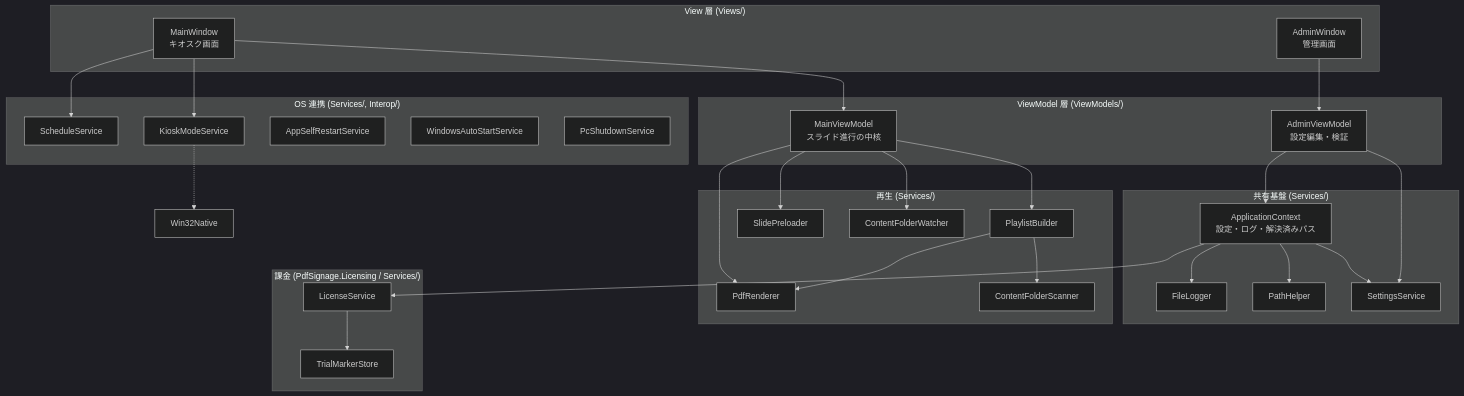
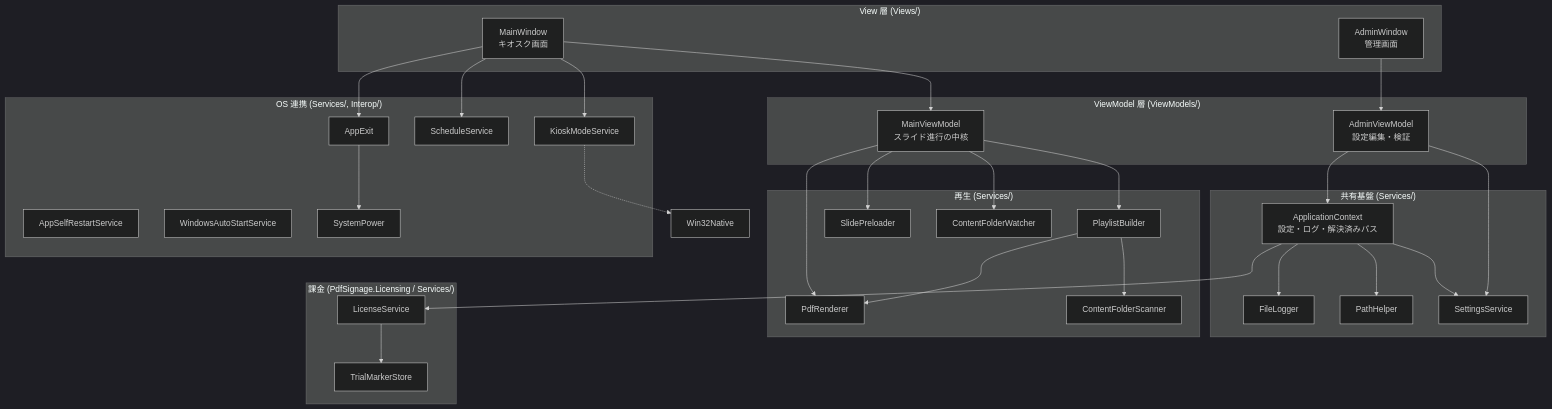
Before and after one commit to kamanori3/SimpleDigitalSignage: the first of 4 diagrams in docs/設計書.md, drawn with Mermaid (dark theme). The commit also changed other lines of this file and 27 other files, not shown here.

````diff
--- a/docs/設計書.md
+++ b/docs/設計書.md
@@ -29,52 +29,55 @@
 ```mermaid
 flowchart TB
   subgraph View["View 層 (Views/)"]
     MW[MainWindow<br/>キオスク画面]
     AW[AdminWindow<br/>管理画面]
   end
 
   subgraph VM["ViewModel 層 (ViewModels/)"]
     MVM[MainViewModel<br/>スライド進行の中核]
     AVM[AdminViewModel<br/>設定編集・検証]
   end
 
   subgraph Core["共有基盤 (Services/)"]
     AC[ApplicationContext<br/>設定・ログ・解決済みパス]
     SS[SettingsService]
     PH[PathHelper]
     FL[FileLogger]
   end
 
   subgraph Play["再生 (Services/)"]
     PB[PlaylistBuilder]
     CS[ContentFolderScanner]
     CW[ContentFolderWatcher]
     PR[PdfRenderer]
     SP[SlidePreloader]
   end
 
   subgraph Ops["OS 連携 (Services/, Interop/)"]
     KM[KioskModeService]
     SCH[ScheduleService]
     ASR[AppSelfRestartService]
     WAS[WindowsAutoStartService]
-    PSS[PcShutdownService]
+    AE[AppExit]
+    SPW[SystemPower]
   end
 
   subgraph License["課金 (PdfSignage.Licensing / Services/)"]
     LS[LicenseService]
     TM[TrialMarkerStore]
   end
 
   MW --> MVM
   MW --> KM
   MW --> SCH
+  MW --> AE
+  AE --> SPW
   AW --> AVM
   MVM --> PB & CW & SP & PR
   PB --> CS & PR
   AVM --> SS & AC
   AC --> SS & PH & FL
   AC --> LS
   LS --> TM
   KM -.-> Interop[Win32Native]
 ```
````
